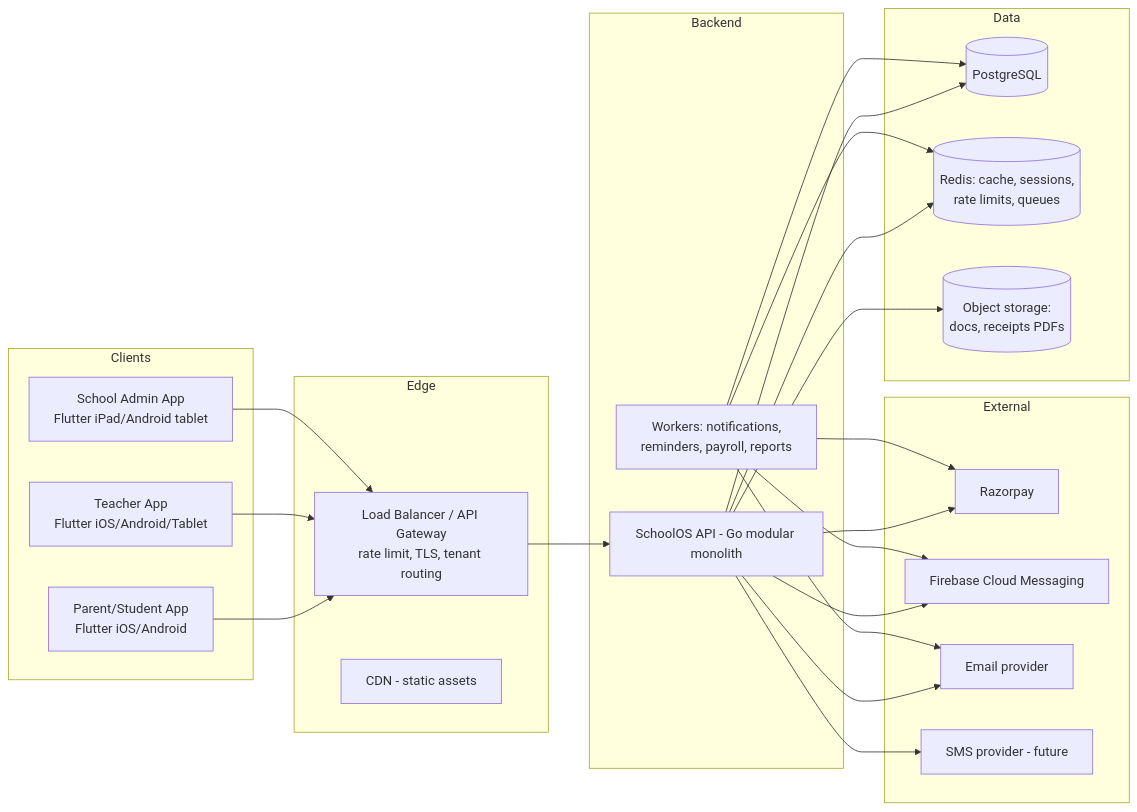
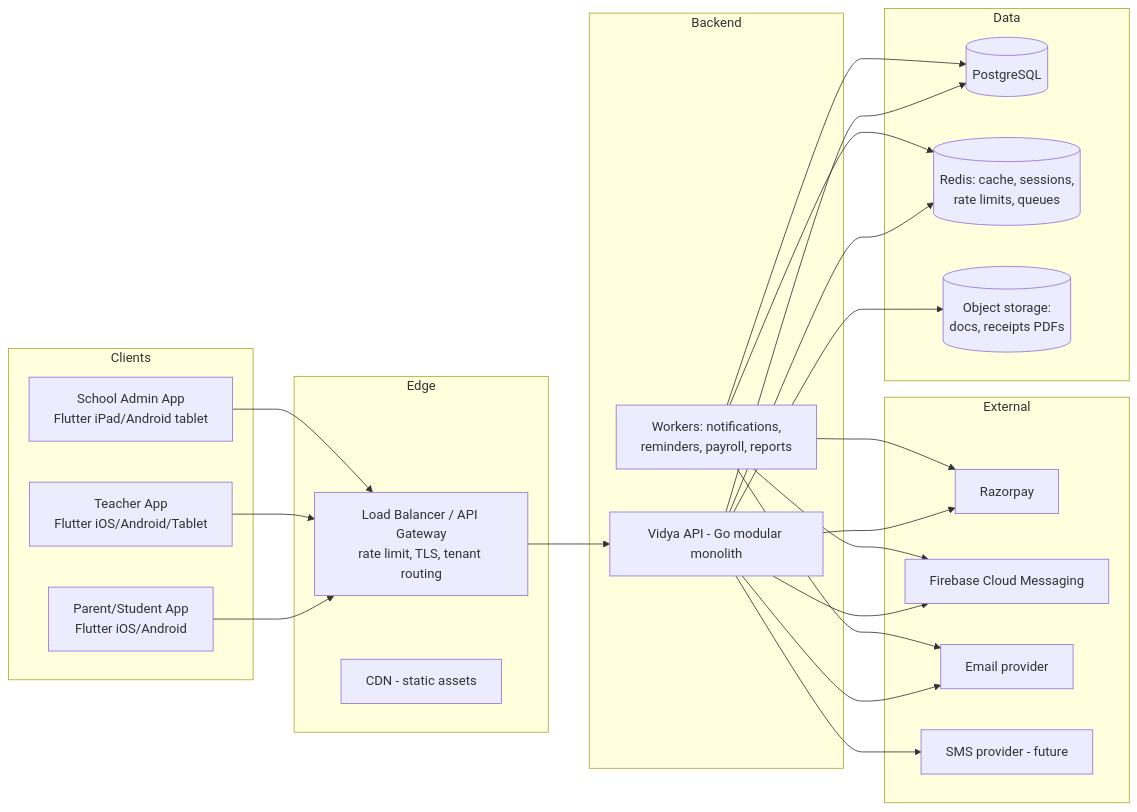
One commit to youngcoder45/Vidya changed the first of 5 diagrams in docs/02-architecture.md. Above: the diagram before and after it, drawn with Mermaid. The commit also changed other lines of this file and 65 other files, not shown here.

````diff
--- a/docs/02-architecture.md
+++ b/docs/02-architecture.md
@@ -24,48 +24,48 @@
 ```mermaid
 flowchart LR
     subgraph Clients
         P[Parent/Student App<br/>Flutter iOS/Android]
         T[Teacher App<br/>Flutter iOS/Android/Tablet]
         A[School Admin App<br/>Flutter iPad/Android tablet]
     end
 
     subgraph Edge
         ALB[Load Balancer / API Gateway<br/>rate limit, TLS, tenant routing]
         CDN[CDN - static assets]
     end
 
     subgraph Backend
-        API[SchoolOS API - Go modular monolith]
+        API[Vidya API - Go modular monolith]
         WK[Workers: notifications,<br/>reminders, payroll, reports]
     end
 
     subgraph Data
         PG[(PostgreSQL)]
         RD[(Redis: cache, sessions,<br/>rate limits, queues)]
         S3[(Object storage:<br/>docs, receipts PDFs)]
     end
 
     subgraph External
         RZ[Razorpay]
         FCM[Firebase Cloud Messaging]
         SMTP[Email provider]
         SMS[SMS provider - future]
     end
 
     P --> ALB
     T --> ALB
     A --> ALB
     ALB --> API
     API --> PG
     API --> RD
     API --> S3
     API --> RZ
     API --> FCM
     API --> SMTP
     API --> SMS
     WK --> PG
     WK --> RD
     WK --> FCM
     WK --> SMTP
     WK --> RZ
 ```
````
